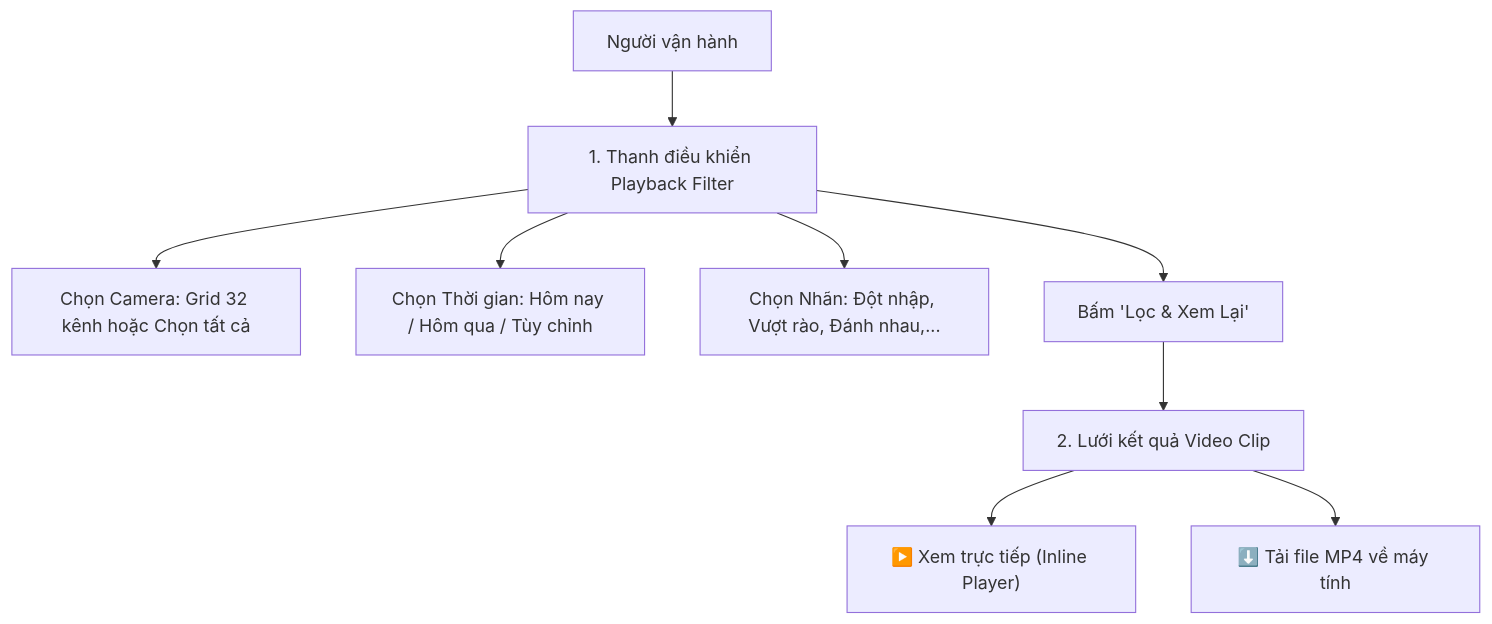
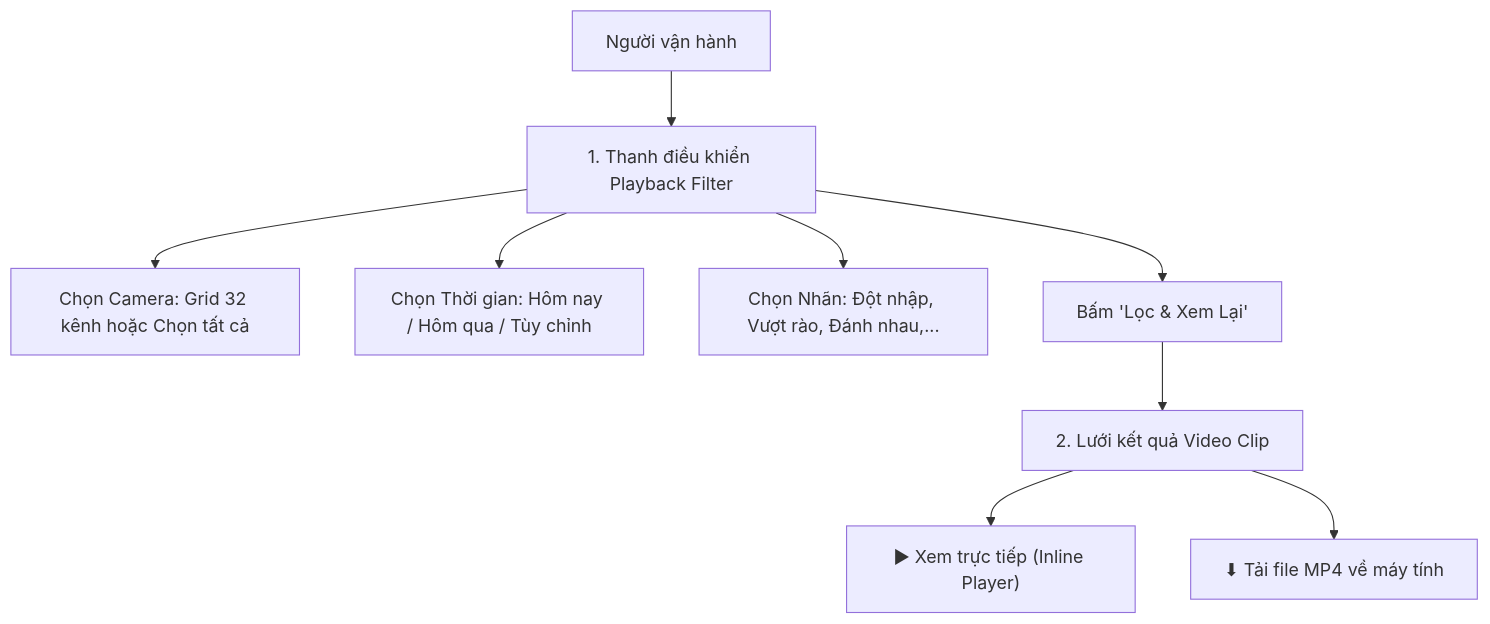
The diagram in docs/ke_hoach_gop_y_boss/KE_HOACH_3_NANG_CAP_FILTER_THANH_PLAYBACK_DOWNLOAD.md (mantran1122/CameraDNCv2), drawn with Mermaid before and after one commit. The commit also changed other lines of this file and 23 other files, not shown here.

````diff
--- a/docs/ke_hoach_gop_y_boss/KE_HOACH_3_NANG_CAP_FILTER_THANH_PLAYBACK_DOWNLOAD.md
+++ b/docs/ke_hoach_gop_y_boss/KE_HOACH_3_NANG_CAP_FILTER_THANH_PLAYBACK_DOWNLOAD.md
@@ -34,11 +34,11 @@
 ```mermaid
 flowchart TD
     User["Người vận hành"] --> FilterBar["1. Thanh điều khiển Playback Filter"]
     FilterBar --> StepA["Chọn Camera: Grid 32 kênh hoặc Chọn tất cả"]
     FilterBar --> StepB["Chọn Thời gian: Hôm nay / Hôm qua / Tùy chỉnh"]
     FilterBar --> StepC["Chọn Nhãn: Đột nhập, Vượt rào, Đánh nhau,..."]
     FilterBar --> RunBtn["Bấm 'Lọc & Xem Lại'"]
     RunBtn --> ResultsGrid["2. Lưới kết quả Video Clip"]
-    ResultsGrid --> Action1["▶️ Xem trực tiếp (Inline Player)"]
-    ResultsGrid --> Action2["⬇️ Tải file MP4 về máy tính"]
+    ResultsGrid --> Action1["▶ Xem trực tiếp (Inline Player)"]
+    ResultsGrid --> Action2["⬇ Tải file MP4 về máy tính"]
 ```
````
